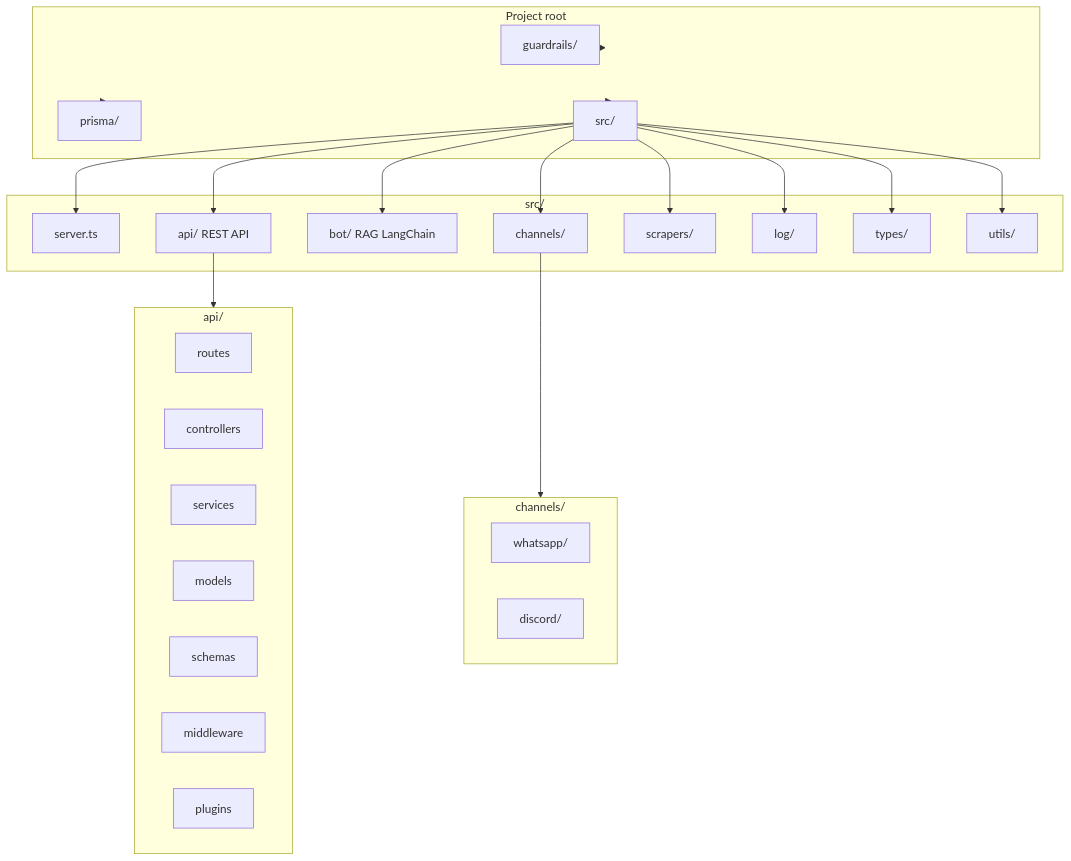
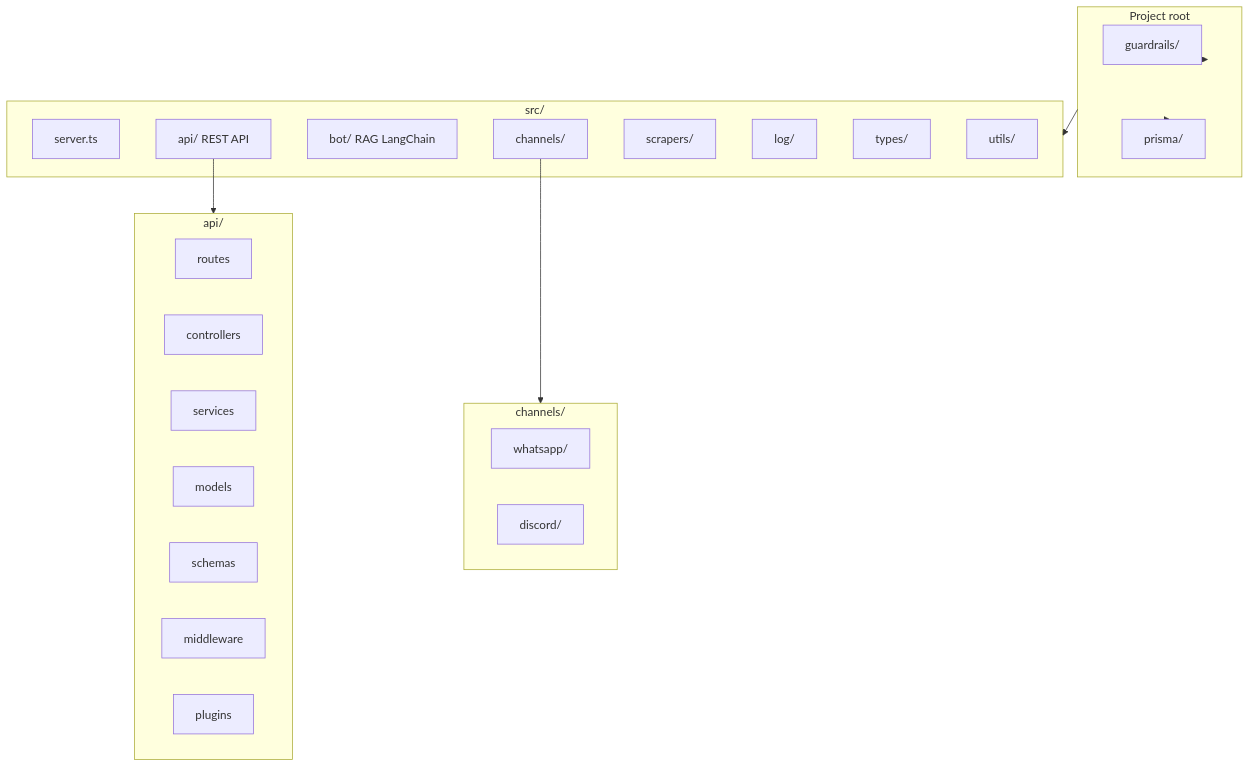
One commit to sorocode-comunidade/swanytello changed the second of 3 diagrams in README.md. Above: the diagram before and after it, drawn with Mermaid. The commit also changed 2 other files, not shown here.

Commit message:
adjusting the mermaid graphs to show the right visualization of the root folder

````diff
--- a/README.md
+++ b/README.md
@@ -83,48 +83,39 @@
 ```mermaid
 flowchart TB
   subgraph root [Project root]
     guardrails[guardrails/]
     prisma_root[prisma/]
-    src[src/]
   end
 
   subgraph src_content [src/]
     server[server.ts]
     api[api/ REST API]
     bot[bot/ RAG LangChain]
     channels[channels/]
     scrapers[scrapers/]
     log[log/]
     types[types/]
     utils[utils/]
   end
 
   subgraph api_detail [api/]
     routes[routes]
     controllers[controllers]
     services[services]
     models[models]
     schemas[schemas]
     middleware[middleware]
     plugins[plugins]
   end
 
   subgraph channels_detail [channels/]
     whatsapp[whatsapp/]
     discord[discord/]
   end
 
   root --> guardrails
   root --> prisma_root
-  root --> src
-  src --> server
-  src --> api
-  src --> bot
-  src --> channels
-  src --> scrapers
-  src --> log
-  src --> types
-  src --> utils
+  root --> src_content
   api --> api_detail
   channels --> channels_detail
 ```
````
